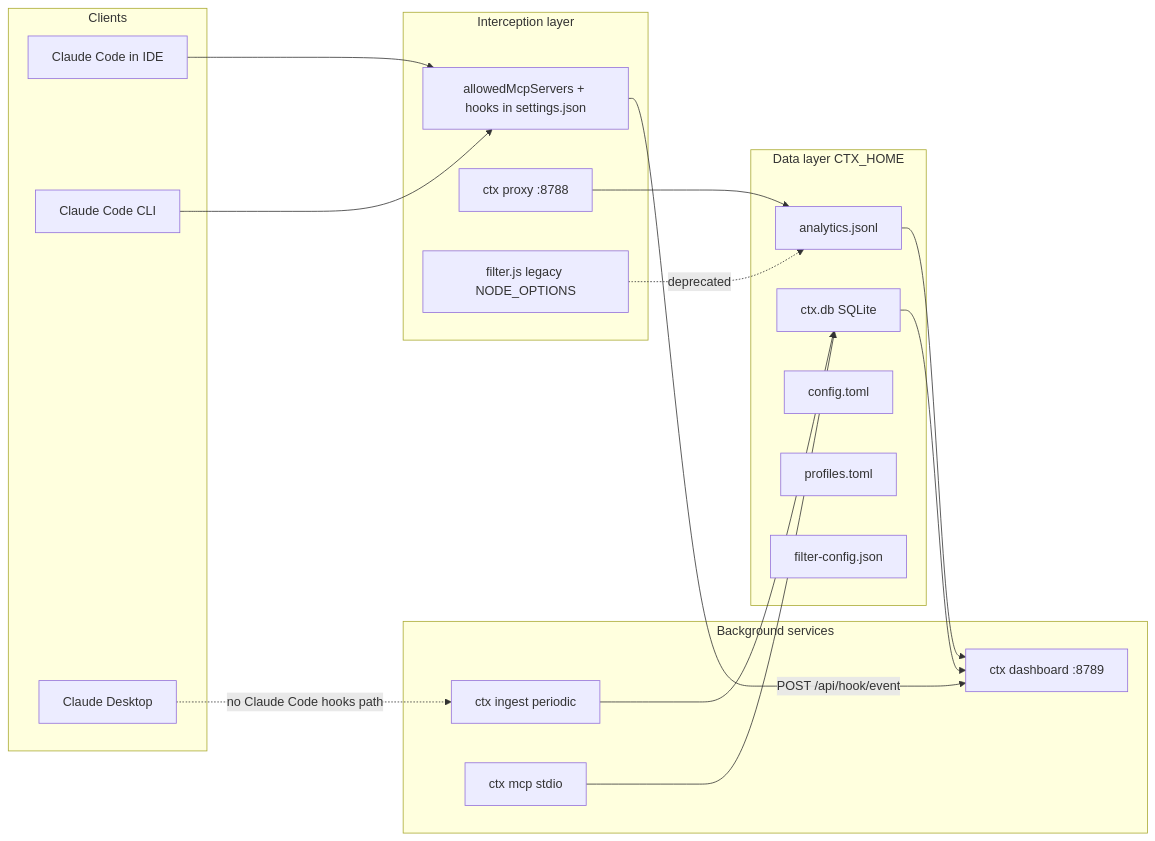
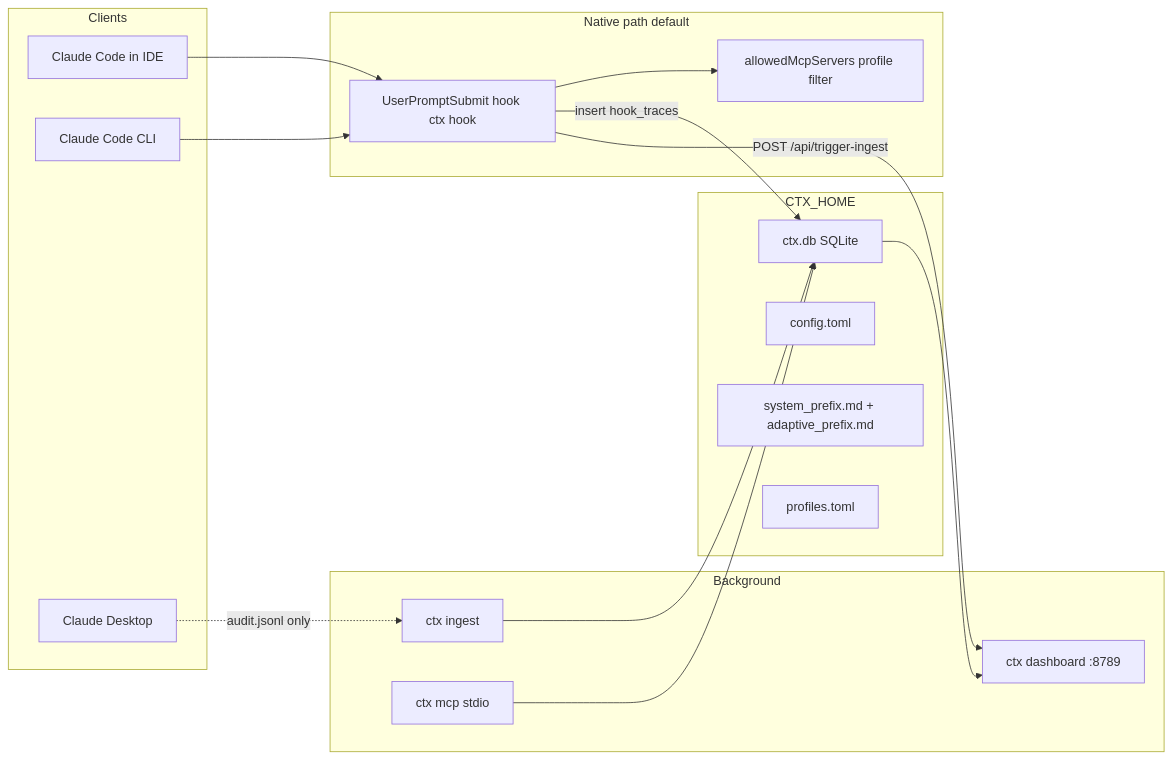
Before and after one commit to saurabh0392/ctx: the diagram in ARCHITECTURE.md, drawn with Mermaid. The commit also changed other lines of this file and 67 other files, not shown here.

````diff
--- a/ARCHITECTURE.md
+++ b/ARCHITECTURE.md
@@ -7,36 +7,33 @@
 ```mermaid
 flowchart LR
   subgraph clients [Clients]
     CC_IDE["Claude Code in IDE"]
     CC_CLI["Claude Code CLI"]
     Desktop["Claude Desktop"]
   end
-  subgraph interception [Interception layer]
-    Native["allowedMcpServers + hooks in settings.json"]
-    Proxy["ctx proxy :8788"]
-    Legacy["filter.js legacy NODE_OPTIONS"]
+  subgraph native [Native path default]
+    Hooks["UserPromptSubmit hook ctx hook"]
+    Allow["allowedMcpServers profile filter"]
   end
-  subgraph data [Data layer CTX_HOME]
-    JSONL["analytics.jsonl"]
+  subgraph data [CTX_HOME]
     DB["ctx.db SQLite"]
     Config["config.toml"]
+    Prefix["system_prefix.md + adaptive_prefix.md"]
     Profiles["profiles.toml"]
-    FilterConfig["filter-config.json"]
   end
-  subgraph services [Background services]
+  subgraph services [Background]
     Dashboard["ctx dashboard :8789"]
-    Ingest["ctx ingest periodic"]
+    Ingest["ctx ingest"]
     MCP["ctx mcp stdio"]
   end
 
-  CC_IDE --> Native
-  CC_CLI --> Native
-  Native -->|"POST /api/hook/event"| Dashboard
-  Legacy -.->|"deprecated"| JSONL
-  Proxy --> JSONL
-  Desktop -.->|"no Claude Code hooks path"| Ingest
-  JSONL --> Dashboard
+  CC_IDE --> Hooks
+  CC_CLI --> Hooks
+  Hooks --> Allow
+  Hooks -->|"insert hook_traces"| DB
+  Hooks -->|"POST /api/trigger-ingest"| Dashboard
+  Ingest --> DB
   DB --> Dashboard
-  Ingest --> DB
   MCP --> DB
+  Desktop -.->|"audit.jsonl only"| Ingest
 ```
````
